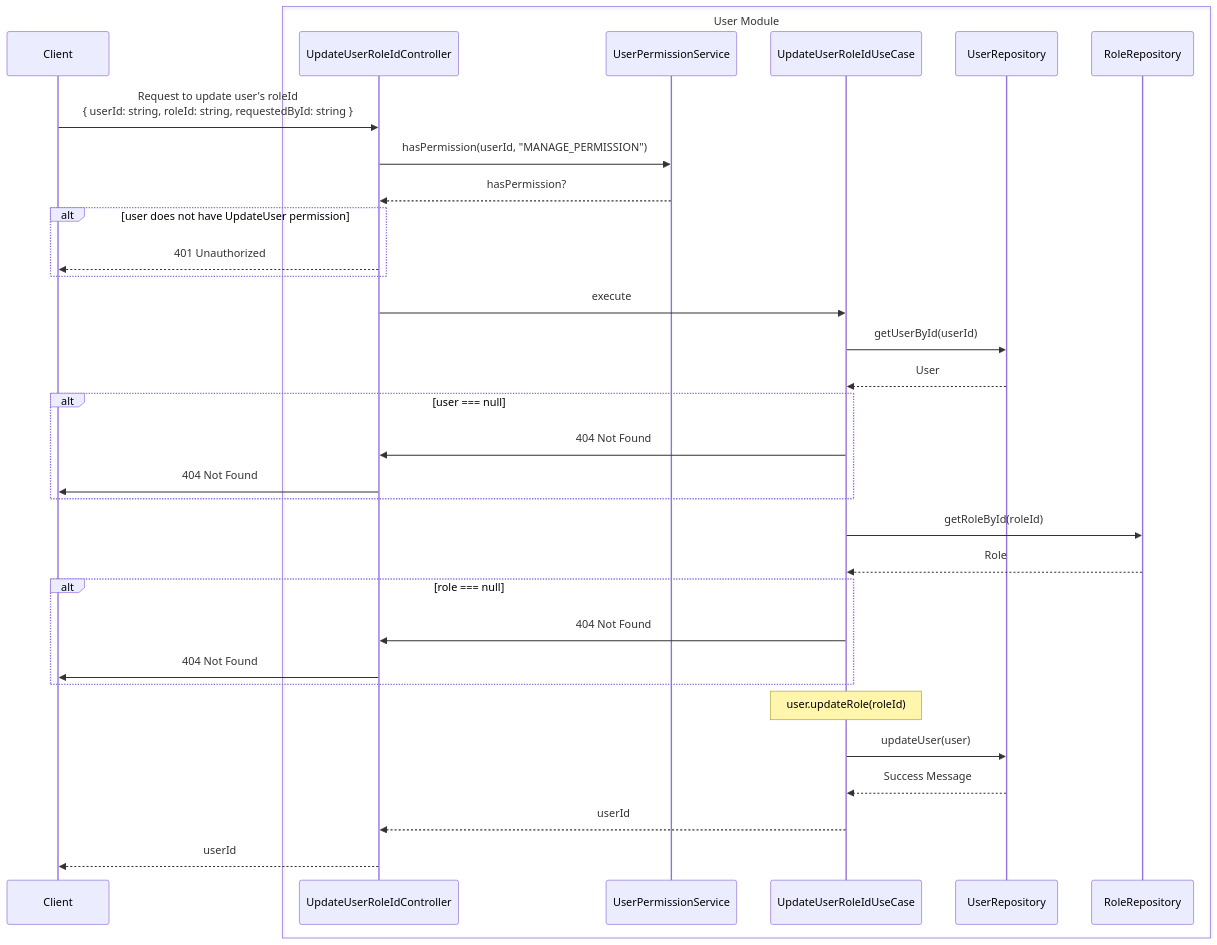
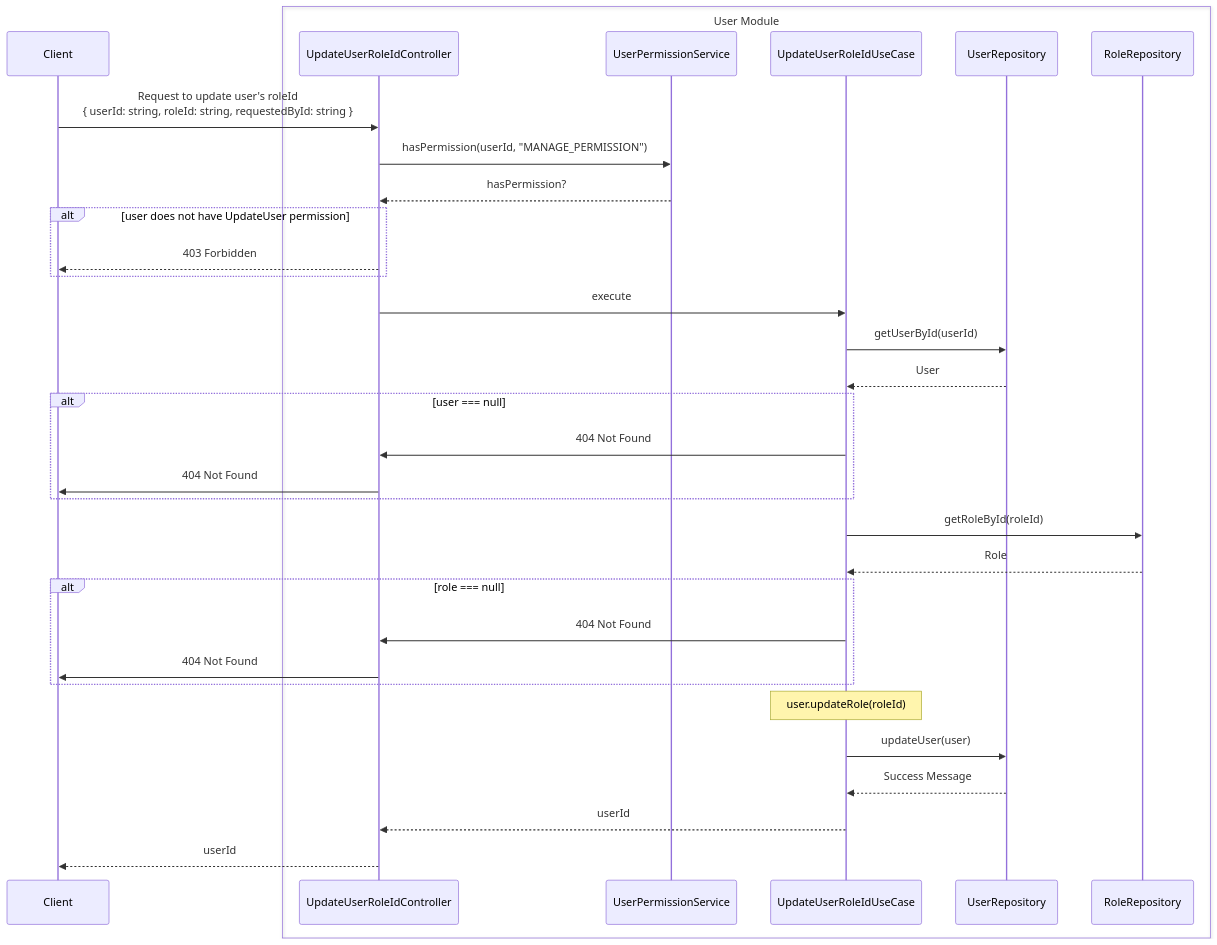
The diagram in docs/diagrams/user/useCase/updateUserRoleIdUseCase.sequence.md (ThesisVault/thesis-vault), drawn with Mermaid before and after one commit. The commit also changed 6 other files, not shown here.

````diff
--- a/docs/diagrams/user/useCase/updateUserRoleIdUseCase.sequence.md
+++ b/docs/diagrams/user/useCase/updateUserRoleIdUseCase.sequence.md
@@ -3,40 +3,40 @@
 ```mermaid
 sequenceDiagram
     participant Client
 
     box User Module
         participant UpdateUserRoleIdController
         participant UserPermissionService
         participant UpdateUserRoleIdUseCase
         participant UserRepository
         participant RoleRepository
     end
 
     Client ->> UpdateUserRoleIdController: Request to update user's roleId <br/> { userId: string, roleId: string, requestedById: string }
     UpdateUserRoleIdController ->> UserPermissionService: hasPermission(userId, "MANAGE_PERMISSION")
     UserPermissionService -->> UpdateUserRoleIdController: hasPermission?
     alt user does not have UpdateUser permission
-        UpdateUserRoleIdController -->> Client: 401 Unauthorized
+        UpdateUserRoleIdController -->> Client: 403 Forbidden
     end
 
     UpdateUserRoleIdController ->> UpdateUserRoleIdUseCase: execute
     UpdateUserRoleIdUseCase ->> UserRepository: getUserById(userId)
     UserRepository -->> UpdateUserRoleIdUseCase: User
     alt user === null
         UpdateUserRoleIdUseCase ->> UpdateUserRoleIdController: 404 Not Found
         UpdateUserRoleIdController ->> Client: 404 Not Found
     end
 
     UpdateUserRoleIdUseCase ->> RoleRepository: getRoleById(roleId)
     RoleRepository -->> UpdateUserRoleIdUseCase: Role
     alt role === null
         UpdateUserRoleIdUseCase ->> UpdateUserRoleIdController: 404 Not Found
         UpdateUserRoleIdController ->> Client: 404 Not Found
     end
 
     Note over UpdateUserRoleIdUseCase: user.updateRole(roleId)
     UpdateUserRoleIdUseCase ->> UserRepository: updateUser(user)
     UserRepository -->> UpdateUserRoleIdUseCase: Success Message
     UpdateUserRoleIdUseCase -->> UpdateUserRoleIdController: userId
     UpdateUserRoleIdController -->> Client: userId
 ```
````
